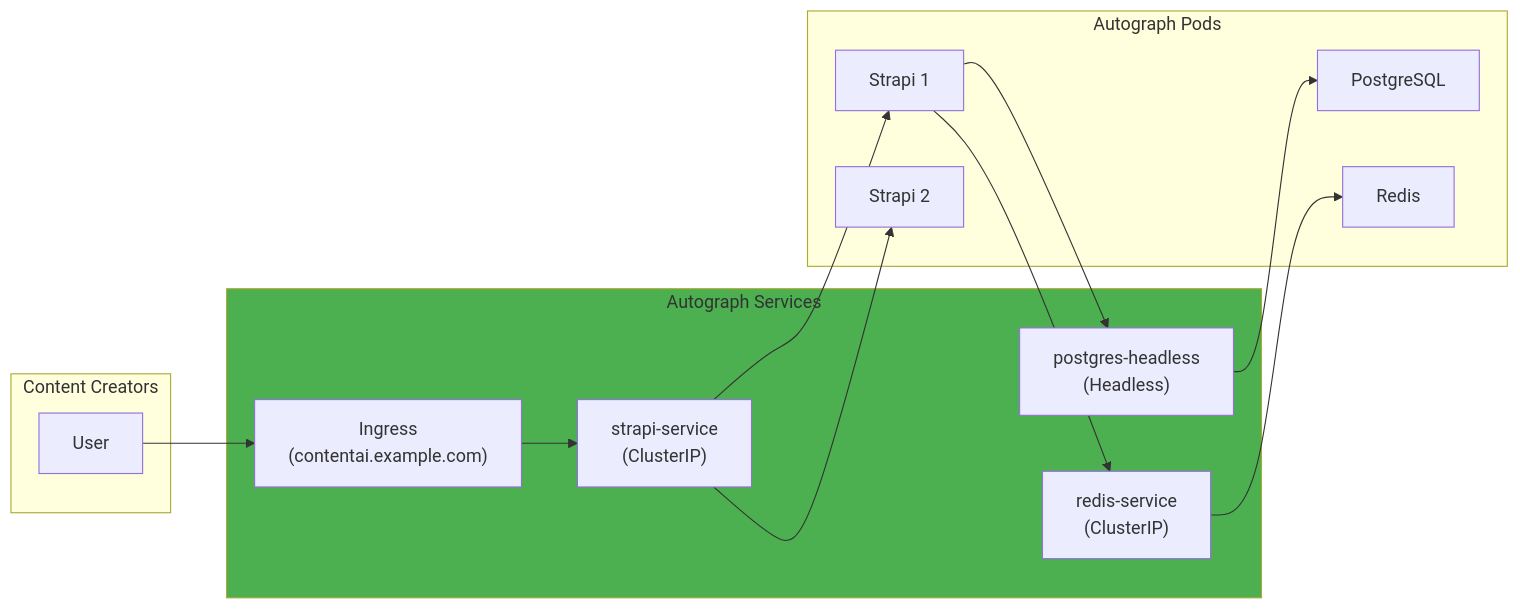
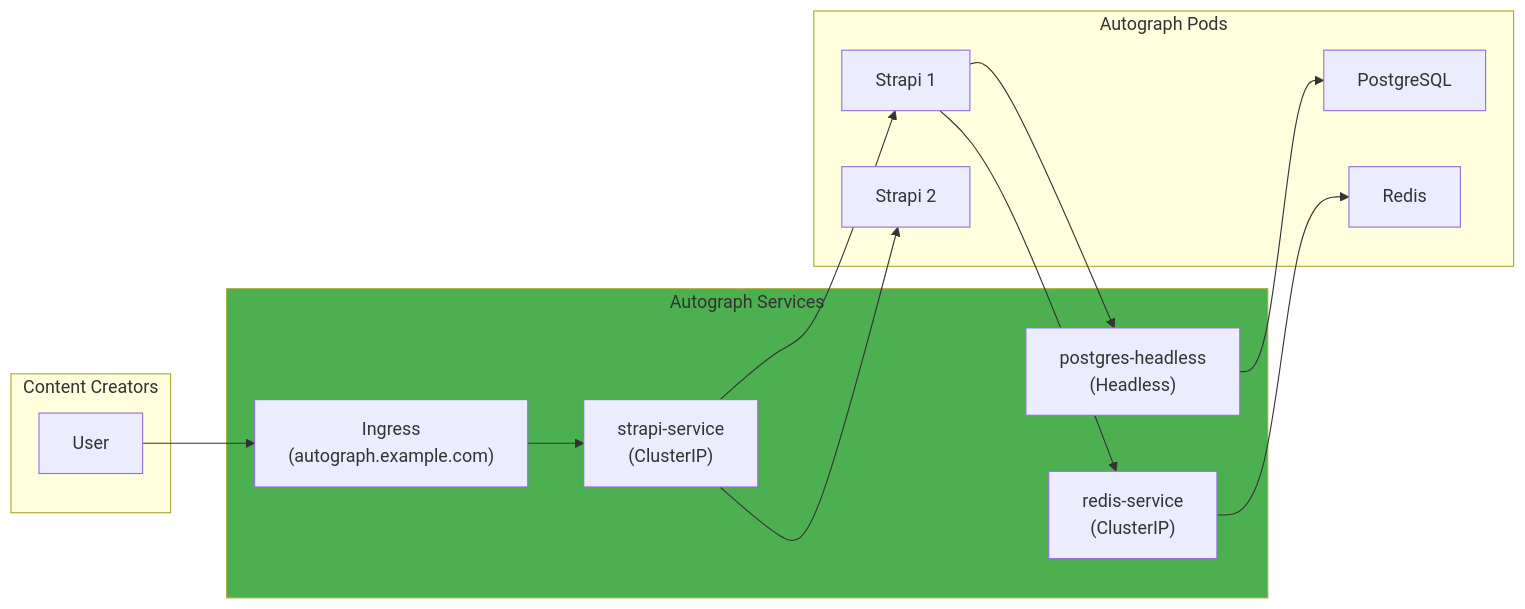
One commit to PearlThoughtsInternship/Internship-Obsidian-Vault changed the fifth of 11 diagrams in DevOps/02-Engineering/04-Container-Orchestration.md. Above: the diagram before and after it, drawn with Mermaid. The commit also changed other lines of this file and 7 other files, not shown here.

````diff
--- a/DevOps/02-Engineering/04-Container-Orchestration.md
+++ b/DevOps/02-Engineering/04-Container-Orchestration.md
@@ -254,28 +254,28 @@
 ```mermaid
 flowchart LR
     subgraph External["Content Creators"]
         User["User"]
     end
 
     subgraph Services["Autograph Services"]
-        ING["Ingress\n(contentai.example.com)"]
+        ING["Ingress\n(autograph.example.com)"]
         STRAPI["strapi-service\n(ClusterIP)"]
         PG["postgres-headless\n(Headless)"]
         REDIS["redis-service\n(ClusterIP)"]
     end
 
     subgraph Pods["Autograph Pods"]
         SP1["Strapi 1"]
         SP2["Strapi 2"]
         PGP["PostgreSQL"]
         RP["Redis"]
     end
 
     User --> ING --> STRAPI
     STRAPI --> SP1
     STRAPI --> SP2
     SP1 --> PG --> PGP
     SP1 --> REDIS --> RP
 
     style Services fill:#4CAF50
 ```
````
